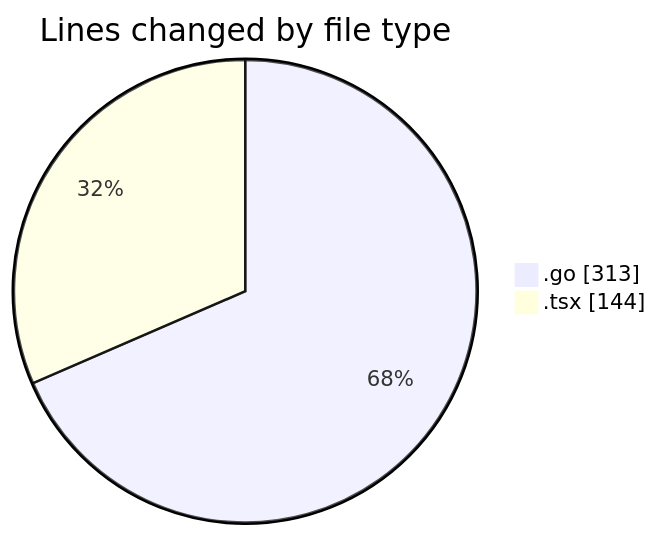
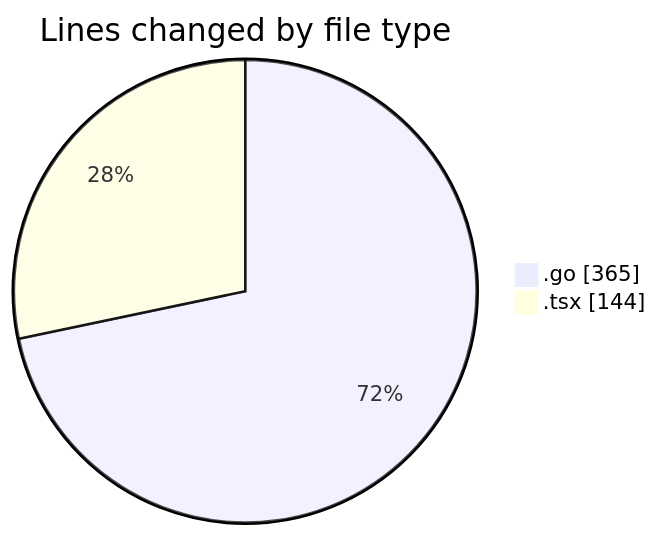
The first of 2 diagrams in 2025-03-01/termonied_testador/README.md (robertbonfada/code-tracking), drawn with Mermaid before and after one commit. The commit also changed other lines of this file and 1 other file, not shown here.

````diff
--- a/2025-03-01/termonied_testador/README.md
+++ b/2025-03-01/termonied_testador/README.md
@@ -25,6 +26,6 @@
 ```mermaid
 pie showData
 title Lines changed by file type
-".go" : 313
+".go" : 365
 ".tsx" : 144
 ```
````
